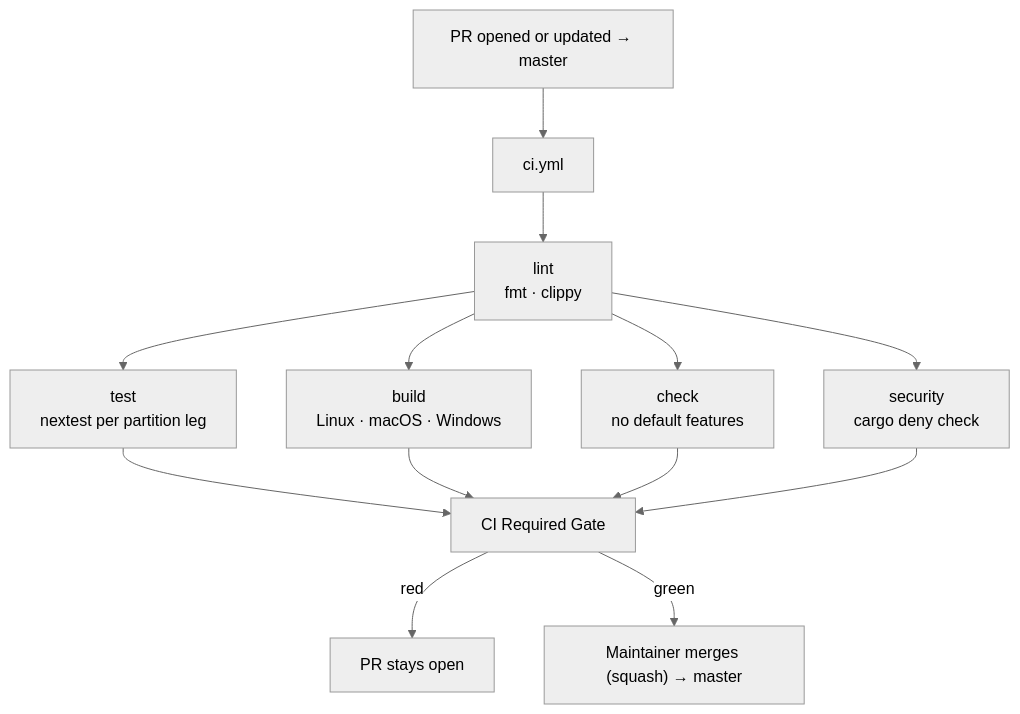
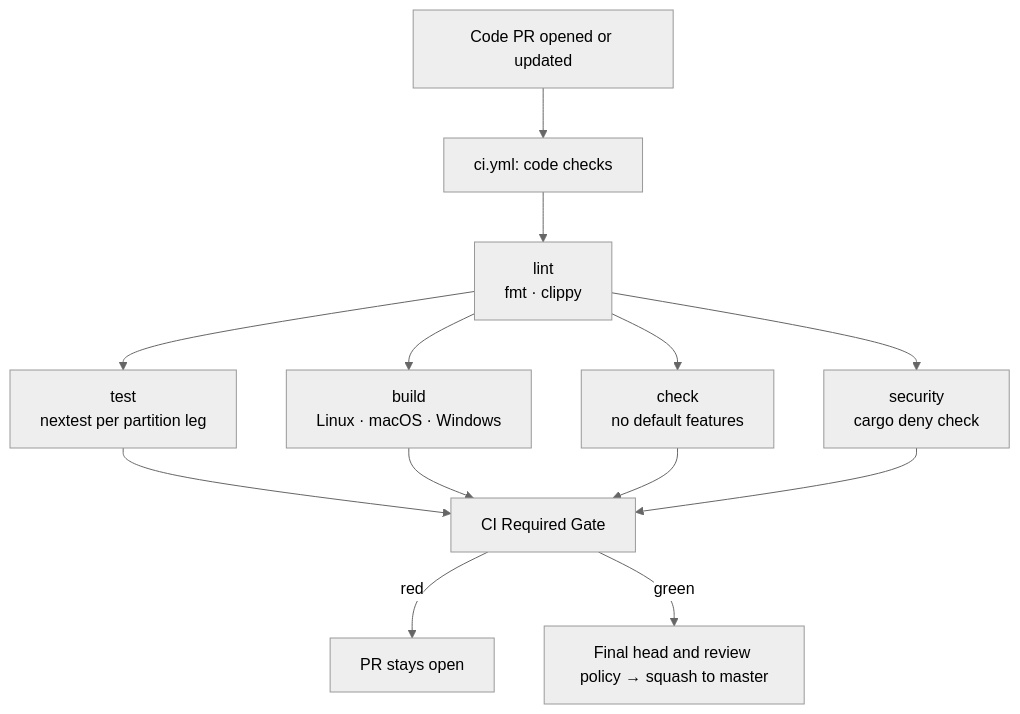
Before and after one commit to kckylechen1/zeroclaw: the first of 2 diagrams in .github/workflows/master-branch-flow.md, drawn with Mermaid (neutral theme). The commit also changed other lines of this file and 8 other files, not shown here.

````diff
--- a/.github/workflows/master-branch-flow.md
+++ b/.github/workflows/master-branch-flow.md
@@ -131,12 +123,12 @@
 ```mermaid
 flowchart TD
-  A["PR opened or updated → master"] --> B["ci.yml"]
+  A["Code PR opened or updated"] --> B["ci.yml: code checks"]
   B --> L["lint\nfmt · clippy"]
   L --> T["test\nnextest per partition leg"]
   L --> BLD["build\nLinux · macOS · Windows"]
   L --> CHK["check\nno default features"]
   L --> SEC["security\ncargo deny check"]
   T & BLD & CHK & SEC --> G["CI Required Gate"]
   G -->|red| D["PR stays open"]
-  G -->|green| R["Maintainer merges (squash) → master"]
+  G -->|green| R["Final head and review policy → squash to master"]
 ```
````
